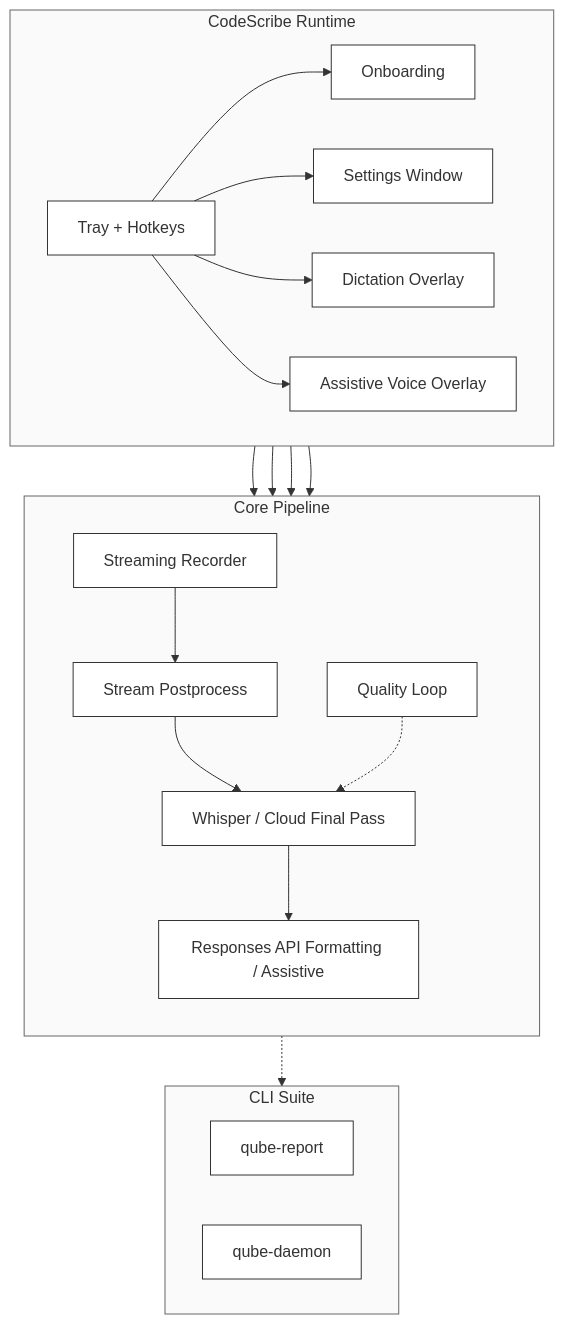
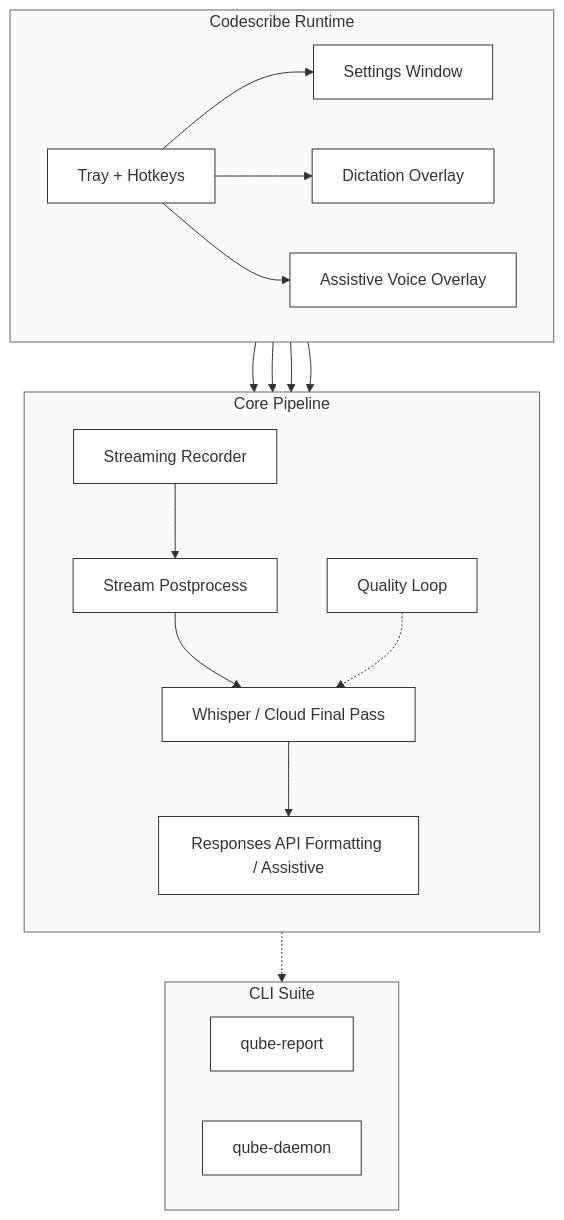
The first of 2 diagrams in README.md (vetcoders/codescribe), drawn with Mermaid before and after one commit. The commit also changed other lines of this file and 479 other files, not shown here.

````diff
--- a/README.md
+++ b/README.md
@@ -20,43 +20,41 @@
 ```mermaid
 flowchart TB
     classDef default fill:#fff,stroke:#333,stroke-width:1px;
     classDef box fill:#fafafa,stroke:#666,stroke-width:1px,stroke-dasharray: 0;
 
-    subgraph APP[CodeScribe Runtime]
+    subgraph APP[Codescribe Runtime]
         direction LR
         TRAY[Tray + Hotkeys]
-        ONB[Onboarding]
         SET[Settings Window]
         OVL[Dictation Overlay]
         CHAT[Assistive Voice Overlay]
     end
 
     subgraph CORE[Core Pipeline]
         direction TB
         REC[Streaming Recorder]
         POST[Stream Postprocess]
         STT[Whisper / Cloud Final Pass]
         LLM[Responses API Formatting / Assistive]
         QL[Quality Loop]
     end
 
     subgraph TOOLS[CLI Suite]
         QCLI[qube-report]
         LCLI[qube-daemon]
     end
 
-    TRAY --> ONB
     TRAY --> SET
     TRAY --> OVL
     TRAY --> CHAT
     TRAY --> CORE
     SET --> CORE
     OVL --> CORE
     CHAT --> CORE
     REC --> POST --> STT
     STT --> LLM
     QL -.-> STT
     CORE -.-> TOOLS
 
     class APP,CORE,TOOLS box
 ```
````
